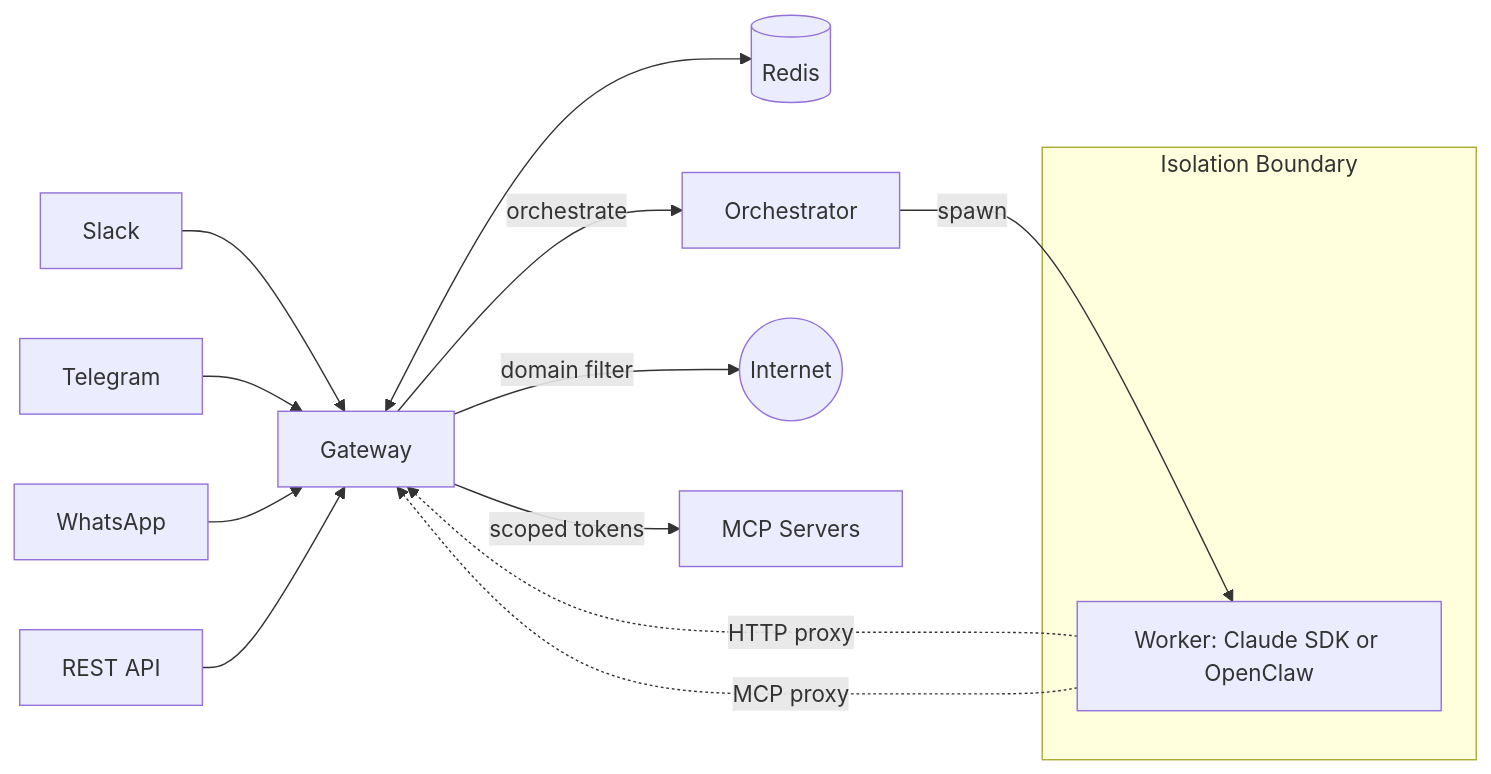
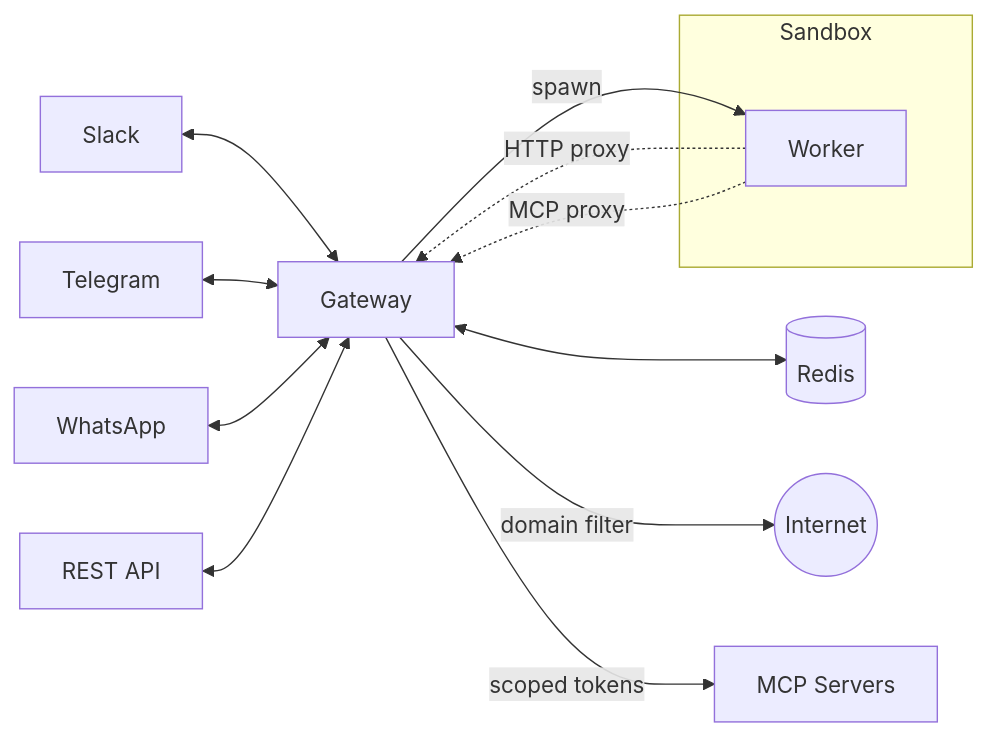
One commit to tokenaissance/lobu changed the diagram in README.md. Above: the diagram before and after it, drawn with Mermaid. The commit also changed other lines of this file and 129 other files, not shown here.

````diff
--- a/README.md
+++ b/README.md
@@ -47,21 +44,19 @@
 ```mermaid
 flowchart LR
-  Slack[Slack] --> GW[Gateway]
-  Telegram[Telegram] --> GW
-  WhatsApp[WhatsApp] --> GW
-  API[REST API] --> GW
+  Slack[Slack] <--> GW[Gateway]
+  Telegram[Telegram] <--> GW
+  WhatsApp[WhatsApp] <--> GW
+  API[REST API] <--> GW
 
   GW <--> Redis[(Redis)]
-  GW -->|orchestrate| Orch[Orchestrator]
-  Orch -->|spawn| W[Worker: Claude SDK or OpenClaw]
+  GW -->|spawn| W[Worker]
 
-  subgraph Isolation Boundary
+  subgraph Sandbox
     W
   end
 
   W -.->|HTTP proxy| GW
+  W -.->|MCP proxy| GW
   GW -->|domain filter| Internet((Internet))
-
-  W -.->|MCP proxy| GW
   GW -->|scoped tokens| MCP[MCP Servers]
 ```
````
